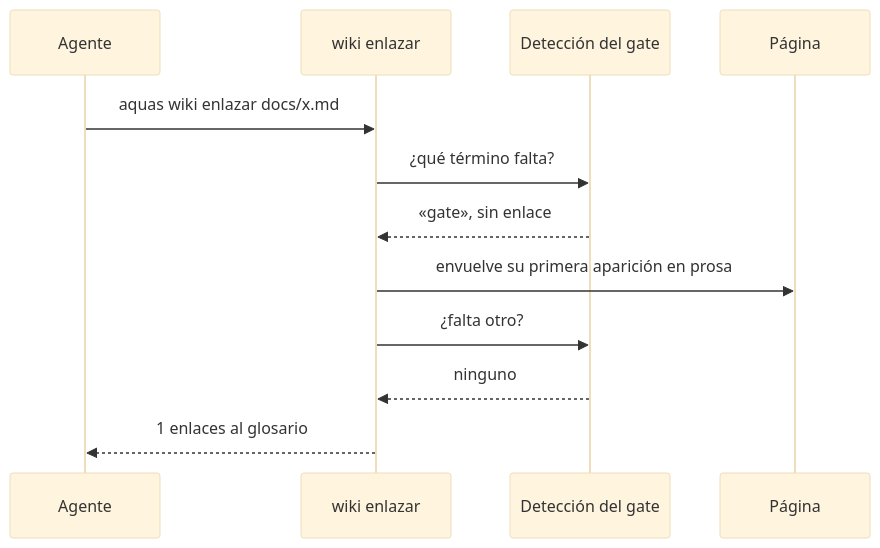
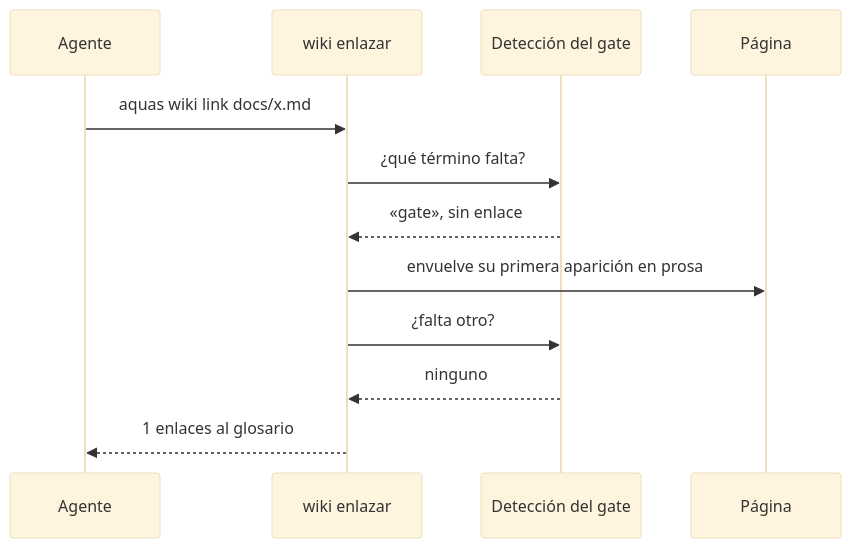
The diagram in docs/E000/F004/S003.md (jliberal-aquas/aquas-central-harness-government), drawn with Mermaid (base theme) before and after one commit. The commit also changed other lines of this file and 184 other files, not shown here.

````diff
--- a/docs/E000/F004/S003.md
+++ b/docs/E000/F004/S003.md
@@ -37,14 +37,14 @@
 ```mermaid
 sequenceDiagram
     participant A as Agente
     participant E as wiki enlazar
     participant D as Detección del gate
     participant P as Página
-    A->>E: aquas wiki enlazar docs/x.md
+    A->>E: aquas wiki link docs/x.md
     E->>D: ¿qué término falta?
     D-->>E: «gate», sin enlace
     E->>P: envuelve su primera aparición en prosa
     E->>D: ¿falta otro?
     D-->>E: ninguno
     E-->>A: 1 enlaces al glosario
 ```
````
